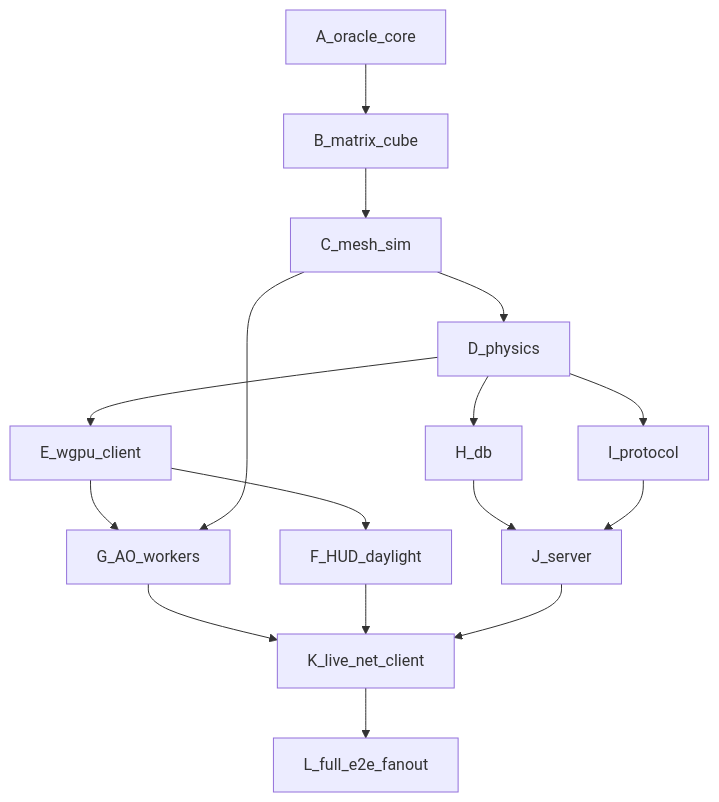
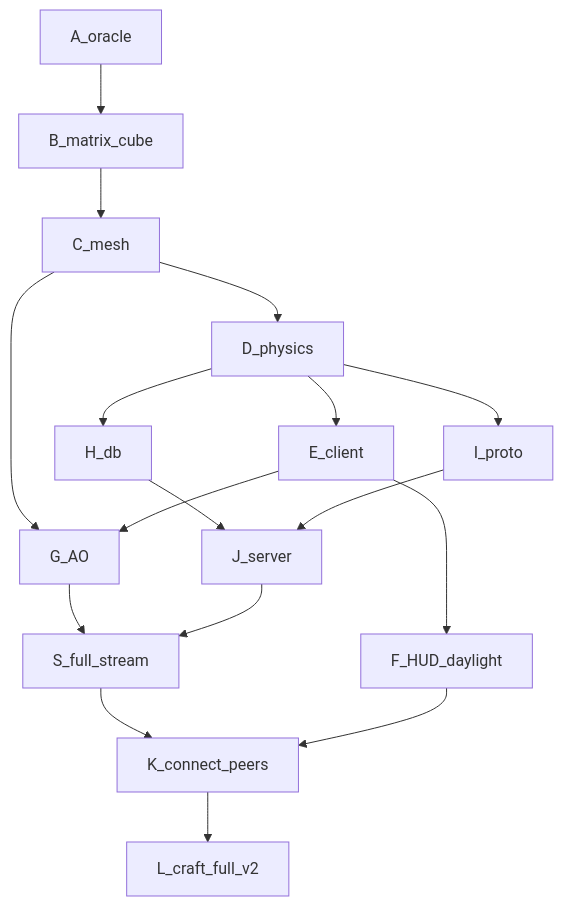
One commit to zozo123/Craft changed the diagram in rust/EXECUTION.md. Above: the diagram before and after it, drawn with Mermaid. The commit also changed other lines of this file and 7 other files, not shown here.

First line of the commit message:
Take product e2e to the end: full stream, HUD, peers

````diff
--- a/rust/EXECUTION.md
+++ b/rust/EXECUTION.md
@@ -7,18 +5,19 @@
 ```mermaid
 flowchart TD
-  A[A_oracle_core] --> B[B_matrix_cube]
-  B --> C[C_mesh_sim]
+  A[A_oracle] --> B[B_matrix_cube]
+  B --> C[C_mesh]
   C --> D[D_physics]
-  D --> E[E_wgpu_client]
+  D --> E[E_client]
   D --> H[H_db]
-  D --> I[I_protocol]
+  D --> I[I_proto]
   H --> J[J_server]
   I --> J
-  E --> G[G_AO_workers]
-  C --> G
+  C --> G[G_AO]
+  E --> G
+  G --> S[S_full_stream]
+  J --> S
   E --> F[F_HUD_daylight]
-  G --> K[K_live_net_client]
+  S --> K[K_connect_peers]
   F --> K
-  J --> K
-  K --> L[L_full_e2e_fanout]
+  K --> L[L_craft_full_v2]
 ```
````
